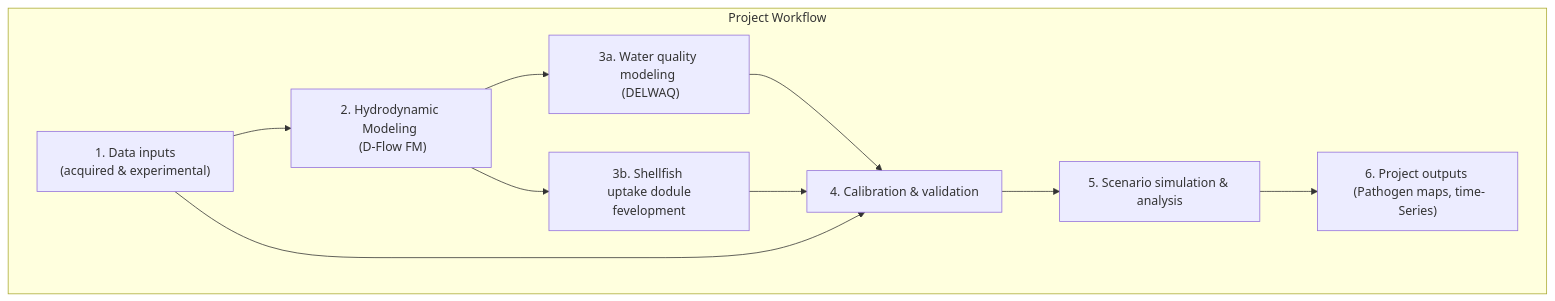
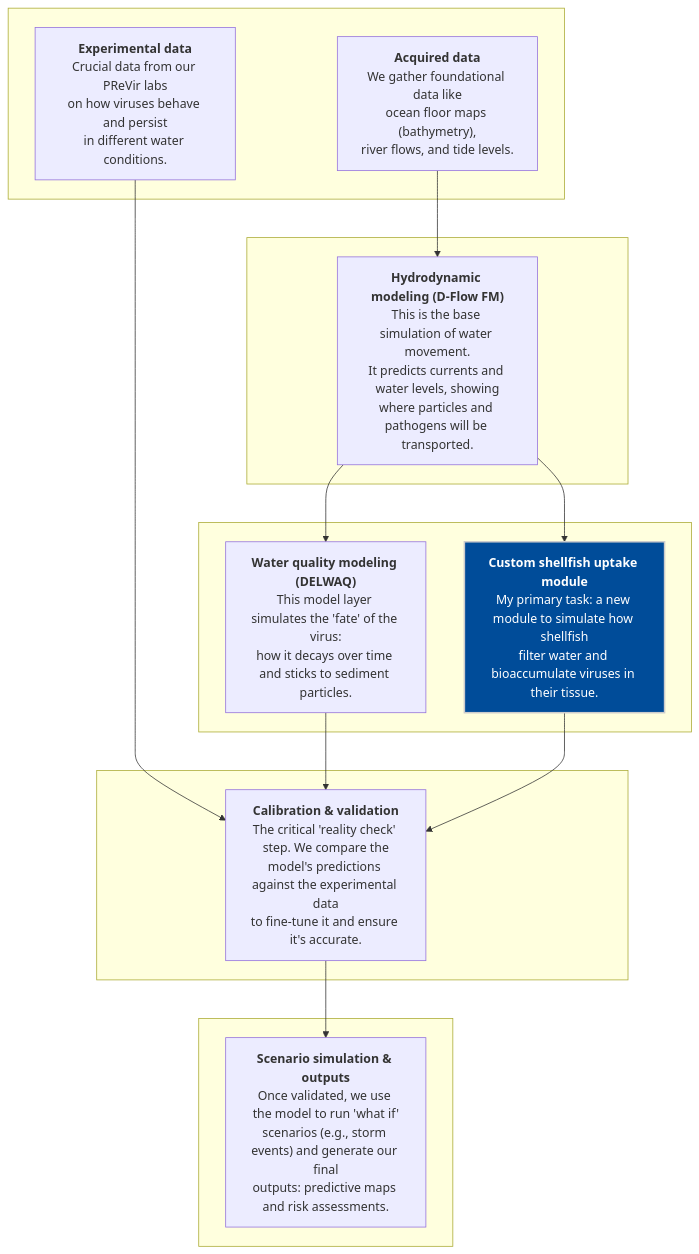
The diagram in README.md (microstijn/PreVirS), drawn with Mermaid before and after one commit.

````diff
--- a/README.md
+++ b/README.md
@@ -1,14 +1,37 @@
 ```mermaid
+
 graph TD
-    subgraph "Project Workflow"
-        A["1. Data inputs <br> (acquired & experimental)"] --> B["2. Hydrodynamic Modeling <br> (D-Flow FM)"];
-        B --> C["3a. Water quality modeling <br> (DELWAQ)"];
-        B --> D["3b. Shellfish <br> uptake dodule fevelopment"];
-        C --> E["4. Calibration & validation"];
-        D --> E;
-        A --> E;
-        E --> F["5. Scenario simulation & analysis"];
-        F --> G["6. Project outputs <br> (Pathogen maps, time-Series)"];
+    subgraph " "
+        A["<b>Acquired data</b><br>We gather foundational data like<br>ocean floor maps (bathymetry),<br>river flows, and tide levels."]
+        B["<b>Experimental data</b><br>Crucial data from our PReVir labs<br>on how viruses behave and persist<br>in different water conditions."]
     end
 
+    subgraph " "
+        C["<b>Hydrodynamic modeling (D-Flow FM)</b><br>This is the base simulation of water movement.<br>It predicts currents and water levels, showing<br>where particles and pathogens will be transported."]
+    end
+
+    subgraph " "
+        D["<b>Water quality modeling (DELWAQ)</b><br>This model layer simulates the 'fate' of the virus:<br>how it decays over time and sticks to sediment particles."]
+        E["<b>Custom shellfish uptake module</b><br>My primary task: a new module to simulate how shellfish<br>filter water and bioaccumulate viruses in their tissue."]
+    end
+
+    subgraph " "
+        F["<b>Calibration & validation</b><br>The critical 'reality check' step. We compare the<br>model's predictions against the experimental data<br>to fine-tune it and ensure it's accurate."]
+    end
+
+    subgraph " "
+        G["<b>Scenario simulation & outputs</b><br>Once validated, we use the model to run 'what if'<br>scenarios (e.g., storm events) and generate our final<br>outputs: predictive maps and risk assessments."]
+    end
+
+
+    A --> C
+    B --> F
+    C --> D
+    C --> E
+    D --> F
+    E --> F
+    F --> G
+
+    style E fill:#004c99,stroke:#ccc,stroke-width:2px,color:#fff
+
 ```
````
